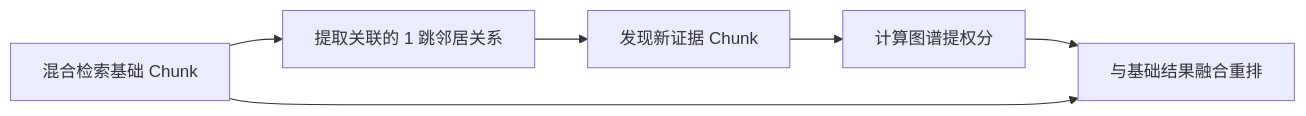
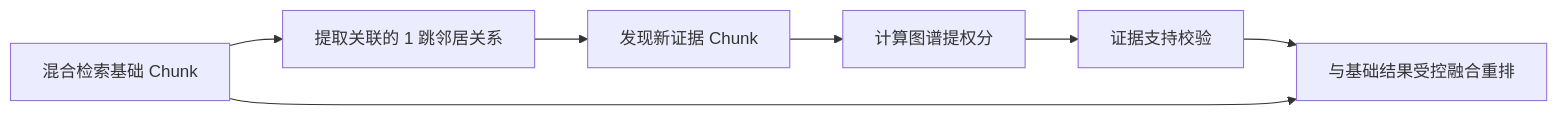
One commit to Sggggt/DialoGraph changed the fifth of 6 diagrams in README.md. Above: the diagram before and after it, drawn with Mermaid. The commit also changed other lines of this file and 8 other files, not shown here.

Commit message:
feat: 检索架构已升级为Dense + BM25 + WSF + bge-reranker，GraphRAG待升级

````diff
--- a/README.md
+++ b/README.md
@@ -452,8 +483,9 @@
 ```mermaid
 graph LR
     BASE[混合检索基础 Chunk] --> REL[提取关联的 1 跳邻居关系]
     REL --> NEW[发现新证据 Chunk]
     NEW --> BOOST[计算图谱提权分]
-    BOOST --> MERGE[与基础结果融合重排]
+    BOOST --> VERIFY[证据支持校验]
+    VERIFY --> MERGE[与基础结果受控融合重排]
     BASE --> MERGE
 ```
````
